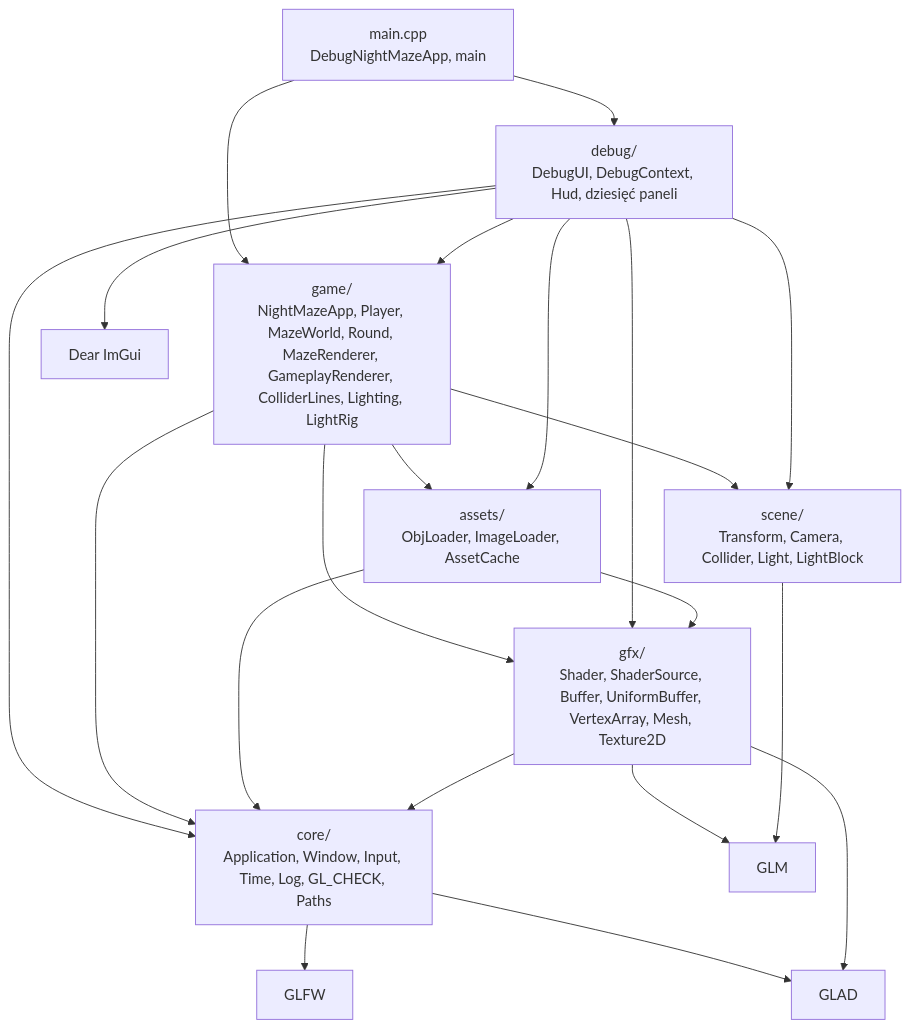
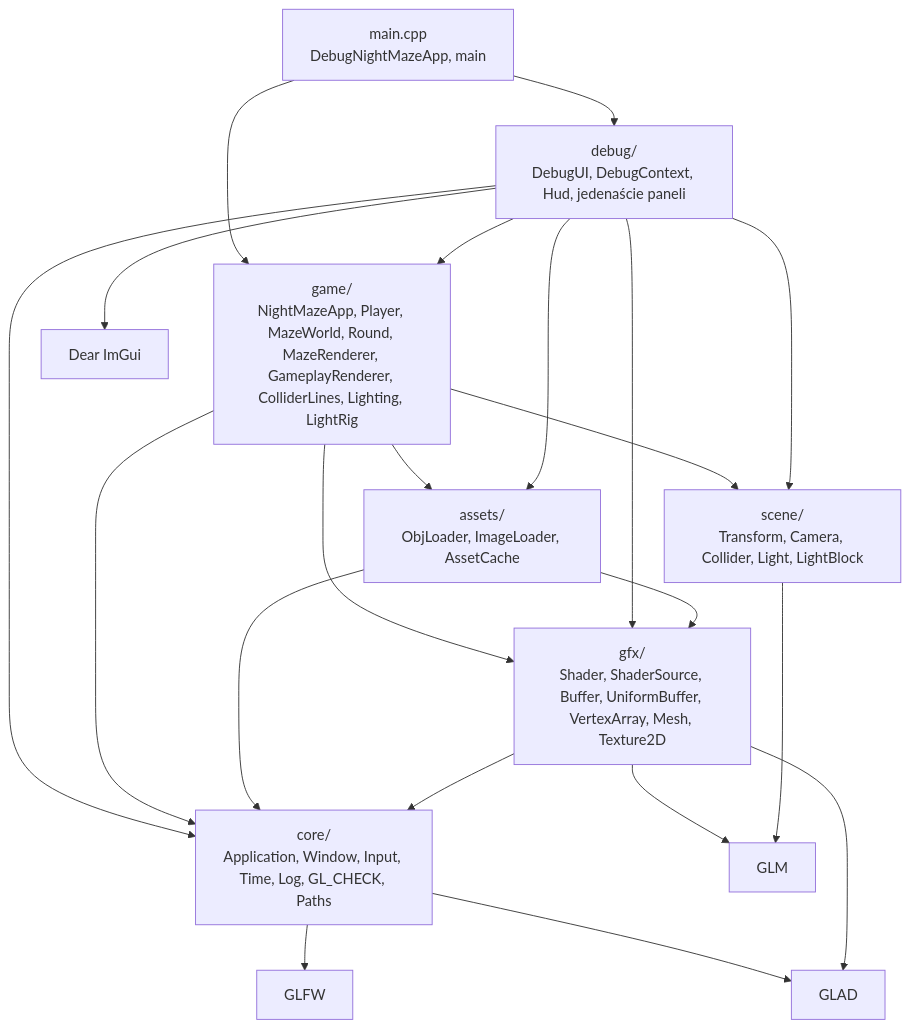
The first of 3 diagrams in docs/modules/core/README.md (Shironex/night-maze), drawn with Mermaid before and after one commit. The commit also changed other lines of this file and 96 other files, not shown here.

````diff
--- a/docs/modules/core/README.md
+++ b/docs/modules/core/README.md
@@ -44,23 +44,23 @@
 ```mermaid
 flowchart TD
-    Main["main.cpp<br/>DebugNightMazeApp, main"] --> Debug["debug/<br/>DebugUI, DebugContext, Hud, dziesięć paneli"]
+    Main["main.cpp<br/>DebugNightMazeApp, main"] --> Debug["debug/<br/>DebugUI, DebugContext, Hud, jedenaście paneli"]
     Main --> Game["game/<br/>NightMazeApp, Player, MazeWorld, Round, MazeRenderer, GameplayRenderer, ColliderLines, Lighting, LightRig"]
     Debug --> Core["core/<br/>Application, Window, Input, Time, Log, GL_CHECK, Paths"]
     Debug --> Game
     Game --> Core
     Game --> Assets
     Game --> Gfx
     Game --> Scene
     Debug --> Assets
     Debug --> Gfx
     Debug --> Scene
     Assets["assets/<br/>ObjLoader, ImageLoader, AssetCache"] --> Gfx
     Assets --> Core
     Gfx["gfx/<br/>Shader, ShaderSource, Buffer, UniformBuffer, VertexArray, Mesh, Texture2D"] --> Core
     Gfx --> Glm
     Scene["scene/<br/>Transform, Camera, Collider, Light, LightBlock"] --> Glm["GLM"]
     Debug --> ImGui["Dear ImGui"]
     Core --> Glfw["GLFW"]
     Core --> Glad["GLAD"]
     Gfx --> Glad
 ```
````
